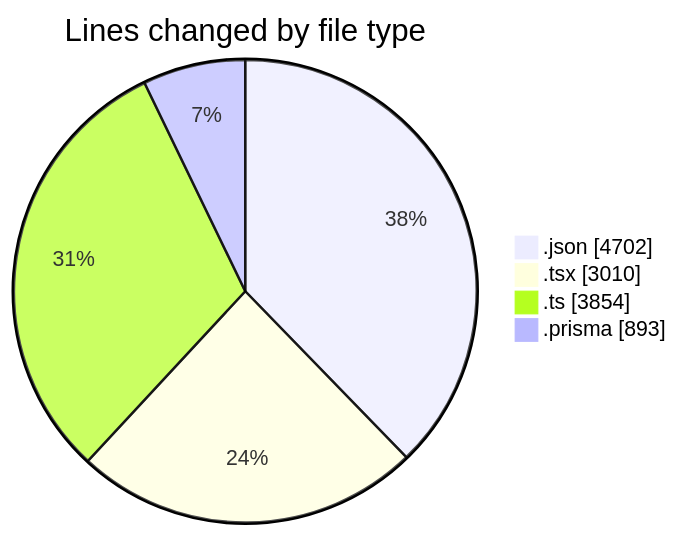
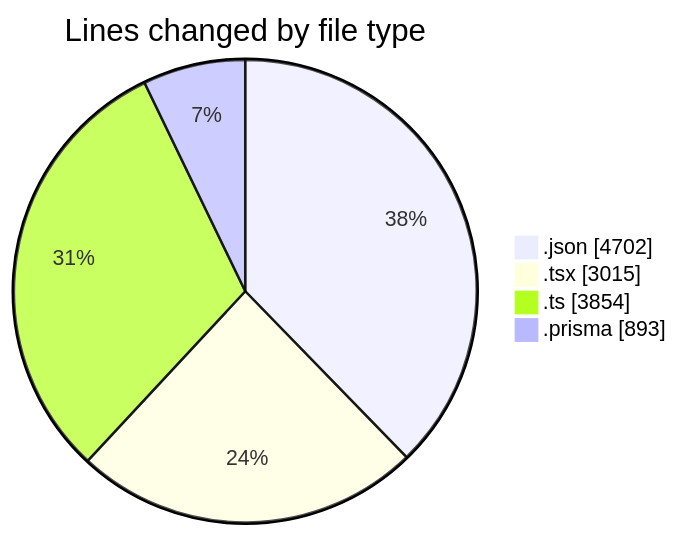
One commit to CELIANVF/code-tracking changed the first of 2 diagrams in 2025-05-05/ecodeli/README.md. Above: the diagram before and after it, drawn with Mermaid. The commit also changed other lines of this file and 1 other file, not shown here.

````diff
--- a/2025-05-05/ecodeli/README.md
+++ b/2025-05-05/ecodeli/README.md
@@ -46,8 +46,8 @@
 ```mermaid
 pie showData
 title Lines changed by file type
 ".json" : 4702
-".tsx" : 3010
+".tsx" : 3015
 ".ts" : 3854
 ".prisma" : 893
 ```
````
